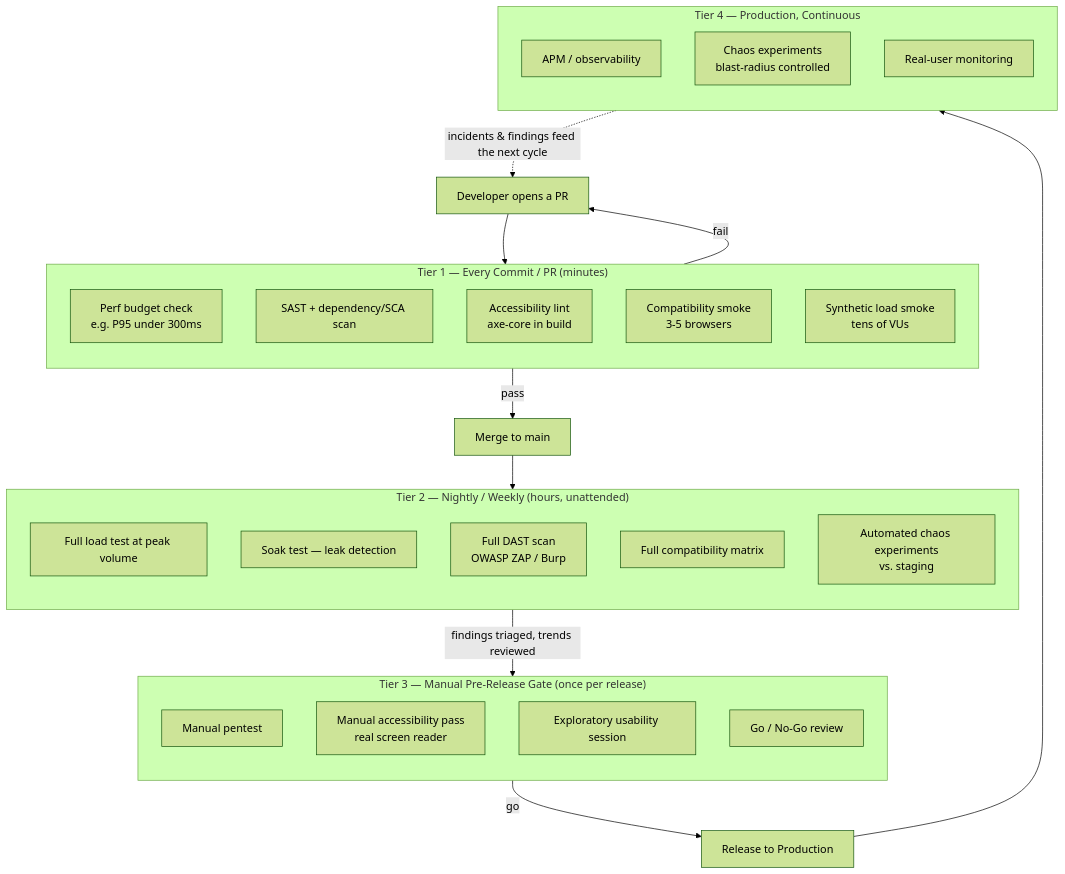
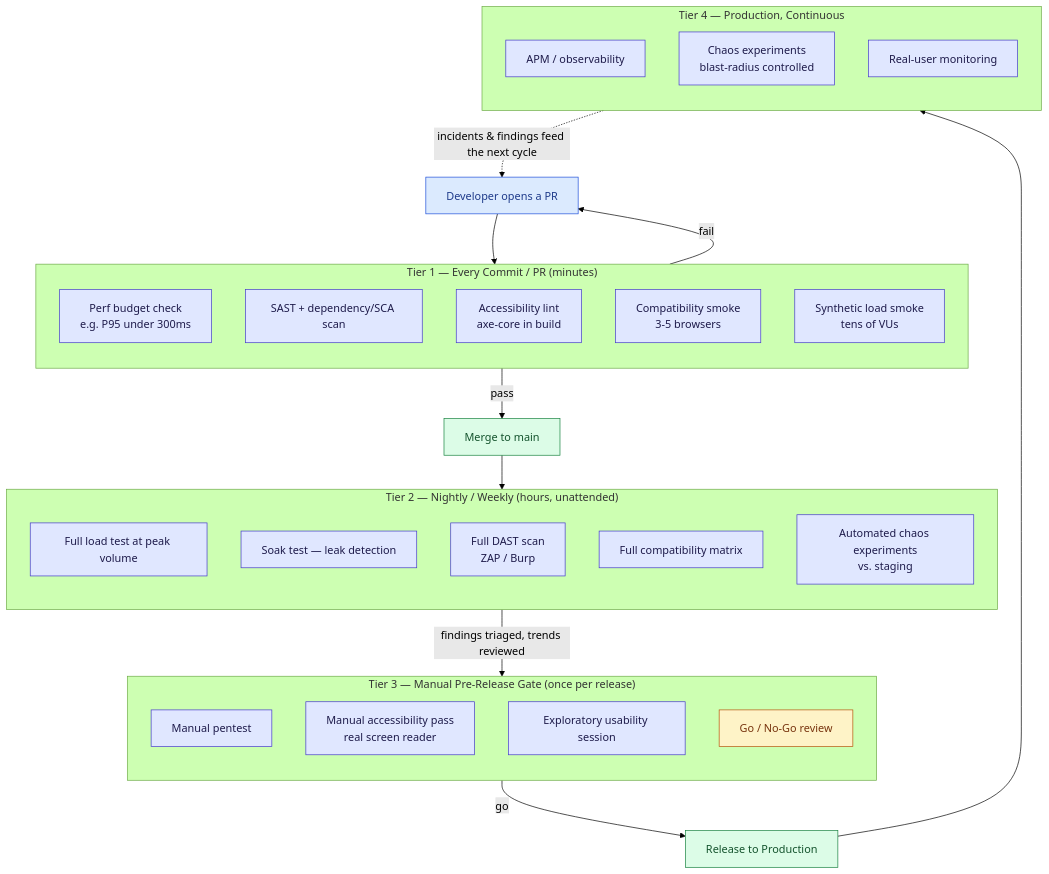
One commit to ghanendra-sdet/non-functional-testing-playbook changed the diagram in Part_13_NFT_CICD_Chaos_Modern_Trends.md. Above: the diagram before and after it, drawn with Mermaid (forest theme). The commit also changed other lines of this file and 15 other files, not shown here.

Commit message:
Fix ToC anchors and theme re-render; update to OWASP 2025, WCAG 2.2, PCI DSS 4.0.1; style diagrams

````diff
--- a/Part_13_NFT_CICD_Chaos_Modern_Trends.md
+++ b/Part_13_NFT_CICD_Chaos_Modern_Trends.md
@@ -105,50 +105,60 @@
 ```mermaid
 flowchart TD
     Dev[Developer opens a PR] --> T1
 
     subgraph T1["Tier 1 — Every Commit / PR (minutes)"]
         direction TB
         T1a[Perf budget check<br/>e.g. P95 under 300ms]
         T1b[SAST + dependency/SCA scan]
         T1c[Accessibility lint<br/>axe-core in build]
         T1d[Compatibility smoke<br/>3-5 browsers]
         T1e[Synthetic load smoke<br/>tens of VUs]
     end
 
     T1 -->|pass| Merge[Merge to main]
     T1 -->|fail| Dev
 
     Merge --> T2
 
     subgraph T2["Tier 2 — Nightly / Weekly (hours, unattended)"]
         direction TB
         T2a[Full load test at peak volume]
         T2b[Soak test — leak detection]
-        T2c[Full DAST scan<br/>OWASP ZAP / Burp]
+        T2c[Full DAST scan<br/>ZAP / Burp]
         T2d[Full compatibility matrix]
         T2e[Automated chaos experiments<br/>vs. staging]
     end
 
     T2 -->|findings triaged, trends reviewed| Gate
 
     subgraph Gate["Tier 3 — Manual Pre-Release Gate (once per release)"]
         direction TB
         G1[Manual pentest]
         G2[Manual accessibility pass<br/>real screen reader]
         G3[Exploratory usability session]
         G4[Go / No-Go review]
     end
 
     Gate -->|go| Release[Release to Production]
 
     Release --> T4
 
     subgraph T4["Tier 4 — Production, Continuous"]
         direction TB
         P1[APM / observability]
         P2[Chaos experiments<br/>blast-radius controlled]
         P3[Real-user monitoring]
     end
 
     T4 -.->|incidents & findings feed the next cycle| Dev
+
+    classDef start fill:#dbeafe,stroke:#1d4ed8,color:#1e3a8a
+    classDef step fill:#e0e7ff,stroke:#4338ca,color:#1e1b4b
+    classDef decision fill:#fef3c7,stroke:#b45309,color:#78350f
+    classDef good fill:#dcfce7,stroke:#15803d,color:#14532d
+    classDef bad fill:#fee2e2,stroke:#b91c1c,color:#7f1d1d
+    class Dev start
+    class T1a,T1b,T1c,T1d,T1e,T2a,T2b,T2c,T2d,T2e,G1,G2,G3,P1,P2,P3 step
+    class G4 decision
+    class Merge,Release good
 ```
````
